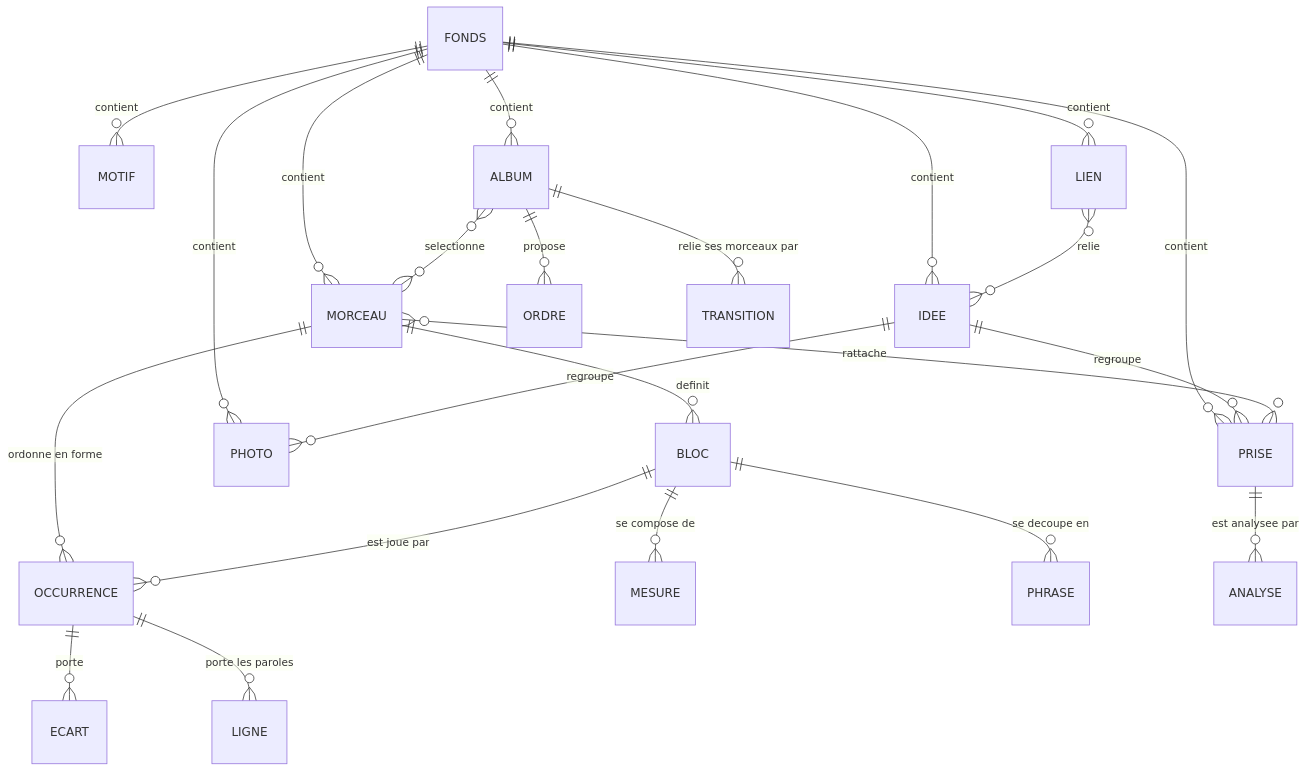
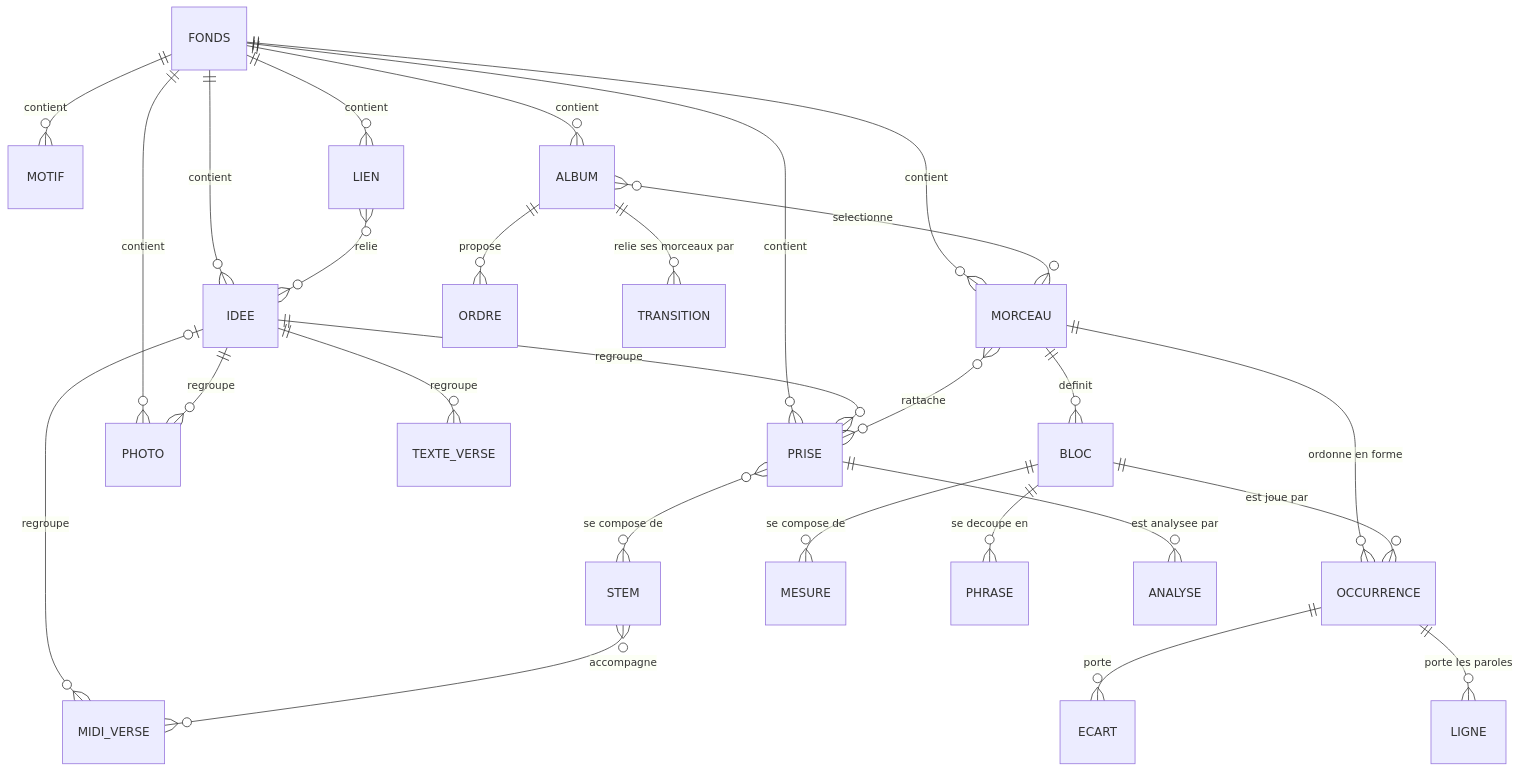
One commit to EdouardZemb/pupitre changed the seventh of 7 diagrams in docs/30-modele-de-domaine.md. Above: the diagram before and after it, drawn with Mermaid. The commit also changed other lines of this file and 14 other files, not shown here.

````diff
--- a/docs/30-modele-de-domaine.md
+++ b/docs/30-modele-de-domaine.md
@@ -727,25 +766,29 @@
 ```mermaid
 erDiagram
   FONDS ||--o{ IDEE : contient
   FONDS ||--o{ MOTIF : contient
   FONDS ||--o{ PRISE : contient
   FONDS ||--o{ PHOTO : contient
   FONDS ||--o{ LIEN : contient
   FONDS ||--o{ MORCEAU : contient
   FONDS ||--o{ ALBUM : contient
   IDEE ||--o{ PRISE : regroupe
   IDEE ||--o{ PHOTO : regroupe
+  IDEE |o--o{ MIDI_VERSE : regroupe
+  IDEE ||--o{ TEXTE_VERSE : regroupe
+  PRISE }o--o{ STEM : "se compose de"
+  STEM }o--o{ MIDI_VERSE : accompagne
   LIEN }o--o{ IDEE : relie
   MORCEAU ||--o{ BLOC : definit
   MORCEAU ||--o{ OCCURRENCE : "ordonne en forme"
   BLOC ||--o{ OCCURRENCE : "est joue par"
   BLOC ||--o{ MESURE : "se compose de"
   BLOC ||--o{ PHRASE : "se decoupe en"
   OCCURRENCE ||--o{ ECART : porte
   OCCURRENCE ||--o{ LIGNE : "porte les paroles"
   MORCEAU }o--o{ PRISE : rattache
   PRISE ||--o{ ANALYSE : "est analysee par"
   ALBUM }o--o{ MORCEAU : selectionne
   ALBUM ||--o{ ORDRE : propose
   ALBUM ||--o{ TRANSITION : "relie ses morceaux par"
 ```
````
